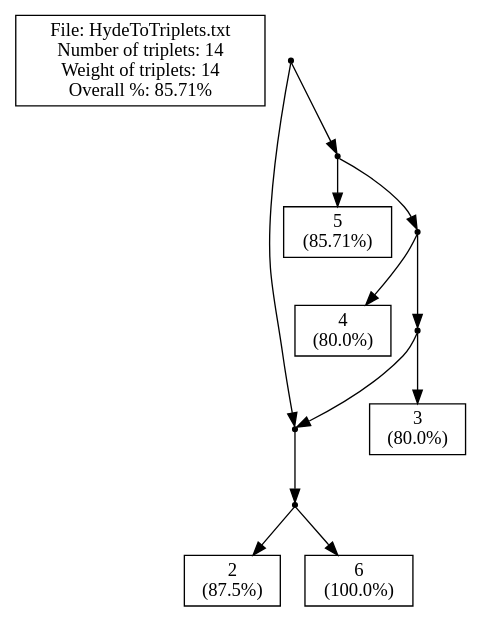
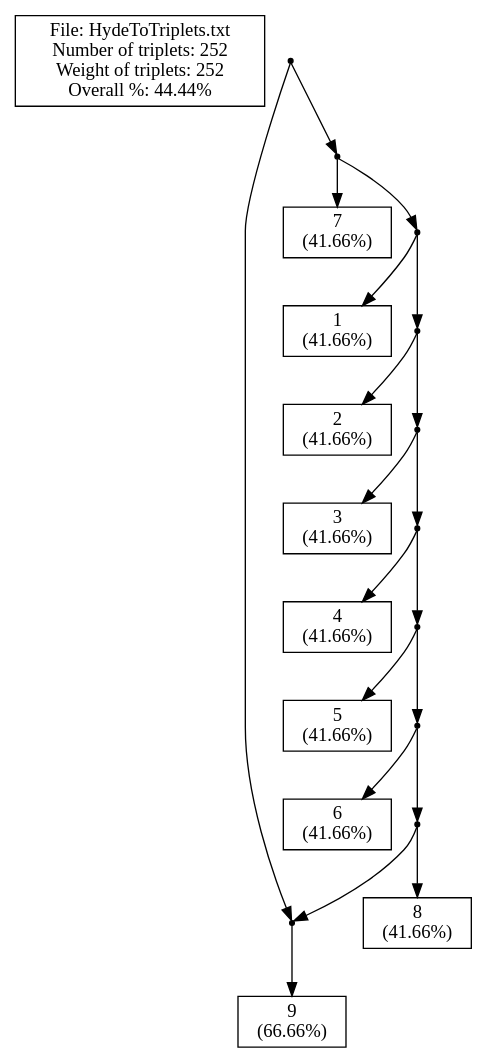
Before and after one commit to solislemuslab/phylo-knit: the diagram in New/Server/cExample1_m.dot, drawn with Graphviz. The commit also changed 83 other files, not shown here.

```diff
--- a/New/Server/cExample1_m.dot
+++ b/New/Server/cExample1_m.dot
@@ -1,52 +1,66 @@
 // LEV1ATHAN Version 1.0, 21 september 2009
 // COMMENT: Pre-processing the input file to count the leaves
-// COMMENT: Pre-processing showed that there are 5 leaves in the input.
-// SUMMARY: Input had 5 leaves.
+// COMMENT: Pre-processing showed that there are 9 leaves in the input.
+// SUMMARY: Input had 9 leaves.
 // USER-SETTING: Will *not* post-process output to collapse edges.
 // COMMENT: Triplet set is already dense.
-// SUMMARY: There are 14 triplets in the input.
-// SUMMARY: Total weight of input triplets is 14.
+// SUMMARY: There are 252 triplets in the input.
+// SUMMARY: Total weight of input triplets is 252.
 // SUMMARY: (Before post-processing)
-// SUMMARY: We got 12 units of triplet weight, that's 85.71% of total weight.
-// SUMMARY: In total 2 units of triplet weight were -not- consistent with the ouput network.
-// SUMMARY: Output network contained 4 triplets -not- in the original input.
-// SUMMARY: The symmetric difference is thus 2 + (1 * 4) = 6
+// SUMMARY: We got 112 units of triplet weight, that's 44.44% of total weight.
+// SUMMARY: In total 140 units of triplet weight were -not- consistent with the ouput network.
+// SUMMARY: Output network contained 0 triplets -not- in the original input.
+// SUMMARY: The symmetric difference is thus 140 + (1 * 0) = 140
 // SUMMARY: (After post-processing)
 strict digraph G1 {
 edge [fontsize=8]
-labelbox [shape=box, width=0.4, label="File: HydeToTriplets.txt\nNumber of triplets: 14\nWeight of triplets: 14\nOverall %: 85.71%"];
+labelbox [shape=box, width=0.4, label="File: HydeToTriplets.txt\nNumber of triplets: 252\nWeight of triplets: 252\nOverall %: 44.44%"];
 internal1000 [shape=point];
 internal1001 [shape=point];
-internal1002 [shape=point];
-2 [shape=box, width=0.3, label="2\n(87.5%)"];
-6 [shape=box, width=0.3, label="6\n(100.0%)"];
+9 [shape=box, width=0.3, label="9\n(66.66%)"];
+internal1003 [shape=point];
+7 [shape=box, width=0.3, label="7\n(41.66%)"];
 internal1005 [shape=point];
-5 [shape=box, width=0.3, label="5\n(85.71%)"];
+1 [shape=box, width=0.3, label="1\n(41.66%)"];
 internal1007 [shape=point];
-4 [shape=box, width=0.3, label="4\n(80.0%)"];
+2 [shape=box, width=0.3, label="2\n(41.66%)"];
 internal1009 [shape=point];
-3 [shape=box, width=0.3, label="3\n(80.0%)"];
+3 [shape=box, width=0.3, label="3\n(41.66%)"];
+internal1011 [shape=point];
+4 [shape=box, width=0.3, label="4\n(41.66%)"];
+internal1013 [shape=point];
+5 [shape=box, width=0.3, label="5\n(41.66%)"];
+internal1015 [shape=point];
+6 [shape=box, width=0.3, label="6\n(41.66%)"];
+internal1017 [shape=point];
+8 [shape=box, width=0.3, label="8\n(41.66%)"];
 internal1000 -> internal1001
-internal1000 -> internal1005
-internal1001 -> internal1002
-internal1002 -> 2
-internal1002 -> 6
-internal1005 -> 5
+internal1000 -> internal1003
+internal1001 -> 9
+internal1003 -> 7
+internal1003 -> internal1005
+internal1005 -> 1
 internal1005 -> internal1007
-internal1007 -> 4
+internal1007 -> 2
 internal1007 -> internal1009
 internal1009 -> 3
-internal1009 -> internal1001
-internal1001 -> internal1002
-internal1002 -> 2
-internal1002 -> 6
+internal1009 -> internal1011
+internal1011 -> 4
+internal1011 -> internal1013
+internal1013 -> 5
+internal1013 -> internal1015
+internal1015 -> 6
+internal1015 -> internal1017
+internal1017 -> 8
+internal1017 -> internal1001
+internal1001 -> 9
 }
-// SUMMARY: eNewick output: (((2,6))#H1,(5,(4,(3,#H1))));
-// SUMMARY: In total 2 units of triplet weight were -not- consistent with the ouput network.
-// SUMMARY: Output network contained 4 triplets -not- in the original input.
+// SUMMARY: eNewick output: ((9)#H1,(7,(1,(2,(3,(4,(5,(6,(8,#H1)))))))));
+// SUMMARY: In total 140 units of triplet weight were -not- consistent with the ouput network.
+// SUMMARY: Output network contained 0 triplets -not- in the original input.
 // SUMMARY: Weight of missing triplets before contraction minus weight of missing triplets afterwards: 0
 // SUMMARY: Number of surplus triplets before contraction minus number of surplus triplets afterwards: 0
-// CONCLUSION: After post-processing we got 12 units of triplet weight, that's 85.71% of total weight (before post-processing this was 85.71%).
-// CONCLUSION: After post-processing the symmetric difference is thus 2 + (1 * 4) = 6 (before post-processing this was 6)
-// STAT: PERCENTAGE = 85.71
-// STAT: NETWORK-TRIPLET SD = 6
+// CONCLUSION: After post-processing we got 112 units of triplet weight, that's 44.44% of total weight (before post-processing this was 44.44%).
+// CONCLUSION: After post-processing the symmetric difference is thus 140 + (1 * 0) = 140 (before post-processing this was 140)
+// STAT: PERCENTAGE = 44.44
+// STAT: NETWORK-TRIPLET SD = 140
```
